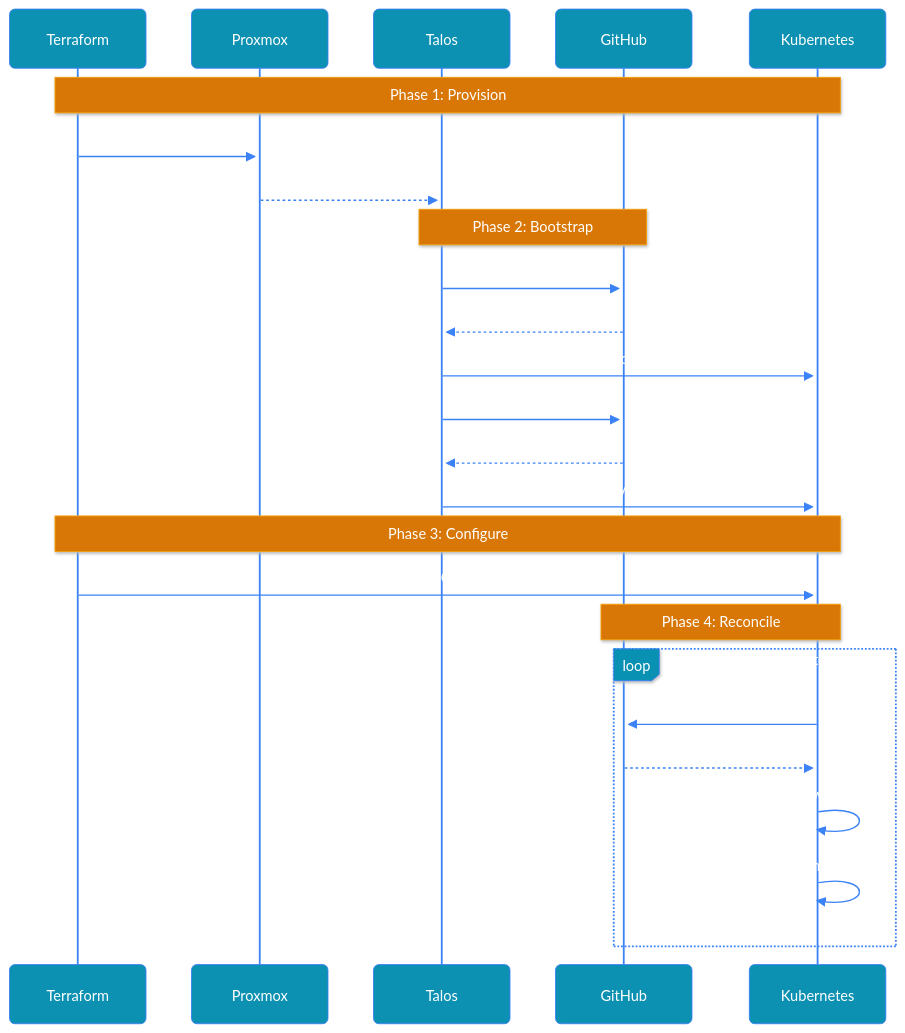
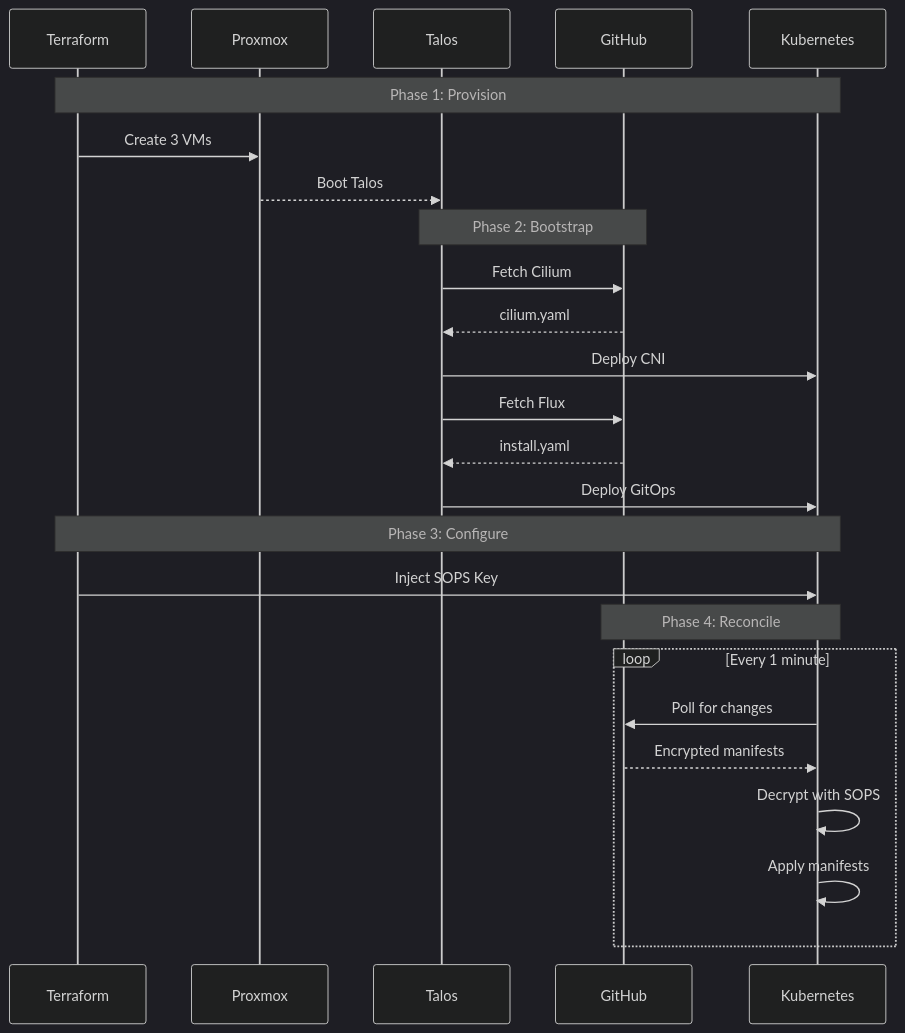
One commit to syscode-labs/oci-free-tier-manager changed the ninth of 18 diagrams in docs/ARCHITECTURE-DIAGRAMS.md. Above: the diagram before and after it, drawn with Mermaid. The commit also changed other lines of this file and 1 other file, not shown here.

First line of the commit message:
fix: switch to Mermaid dark theme for proper readability

````diff
--- a/docs/ARCHITECTURE-DIAGRAMS.md
+++ b/docs/ARCHITECTURE-DIAGRAMS.md
@@ -556,78 +340,44 @@
 ```mermaid
 ---
 config:
-  look: neo
-  theme: base
+  theme: dark
   themeVariables:
-    primaryColor: "#0891b2"
-    primaryTextColor: "#ffffff"
-    primaryBorderColor: "#06b6d4"
-    secondaryColor: "#7c3aed"
-    tertiaryColor: "#d97706"
-    background: "transparent"
-    mainBkg: "transparent"
-    secondBkg: "transparent"
-    lineColor: "#3b82f6"
-    border1: "#3b82f6"
-    border2: "#3b82f6"
-    arrowheadColor: "#3b82f6"
+    darkMode: true
     fontFamily: "arial"
     fontSize: "14px"
-    labelBackground: "transparent"
-    textColor: "#94a3b8"
-    nodeBorder: "#3b82f6"
-    clusterBkg: "transparent"
-    clusterBorder: "#3b82f6"
-    edgeLabelBackground: "transparent"
-    actorBorder: "#3b82f6"
-    actorBkg: "#0891b2"
-    actorTextColor: "#ffffff"
-    actorLineColor: "#3b82f6"
-    signalColor: "#3b82f6"
-    signalTextColor: "#ffffff"
-    labelBoxBkgColor: "#0891b2"
-    labelBoxBorderColor: "#3b82f6"
-    labelTextColor: "#ffffff"
-    noteBkgColor: "#d97706"
-    noteTextColor: "#ffffff"
-    noteBorderColor: "#f59e0b"
-    loopTextColor: "#ffffff"
-    activationBkgColor: "#2563eb"
-    activationBorderColor: "#3b82f6"
-    sequenceNumberColor: "#ffffff"
   flowchart:
     useMaxWidth: true
     htmlLabels: true
     curve: basis
 ---
 sequenceDiagram
     participant TF as Terraform
     participant PVE as Proxmox
     participant T as Talos
     participant GH as GitHub
     participant K8s as Kubernetes
     
     Note over TF,K8s: Phase 1: Provision
     TF->>PVE: Create 3 VMs
     PVE-->>T: Boot Talos
     
     Note over T,GH: Phase 2: Bootstrap
     T->>GH: Fetch Cilium
     GH-->>T: cilium.yaml
     T->>K8s: Deploy CNI
     
     T->>GH: Fetch Flux
     GH-->>T: install.yaml
     T->>K8s: Deploy GitOps
     
     Note over TF,K8s: Phase 3: Configure
     TF->>K8s: Inject SOPS Key
     
     Note over K8s,GH: Phase 4: Reconcile
     loop Every 1 minute
         K8s->>GH: Poll for changes
         GH-->>K8s: Encrypted manifests
         K8s->>K8s: Decrypt with SOPS
         K8s->>K8s: Apply manifests
     end
 ```
````
